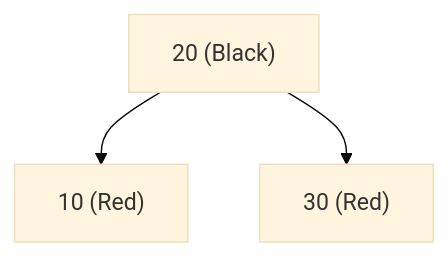
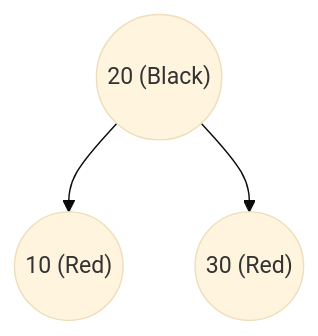
Diagram 15 of 31 in docs/data-structure-and-algorithms/data-structures/tree/search-tree/self-balancing-bst/red-black.md (imdeepmind/imdeepmind.github.io), drawn with Mermaid (base theme) before and after one commit. The commit also changed other lines of this file, not shown here.

Commit message:
docs(tree): IMDEEPMIND-32: added docs for red black tree

````diff
--- a/docs/data-structure-and-algorithms/data-structures/tree/search-tree/self-balancing-bst/red-black.md
+++ b/docs/data-structure-and-algorithms/data-structures/tree/search-tree/self-balancing-bst/red-black.md
@@ -369,7 +369,7 @@
 ```mermaid
 graph TD
-    P["20 (Black)"]
-
-    P --> N["10 (Red)"]
-    P --> G["30 (Red)"]
+    P(("20 (Black)"))
+    
+    P --> N(("10 (Red)"))
+    P --> G(("30 (Red)"))
 ```
````
